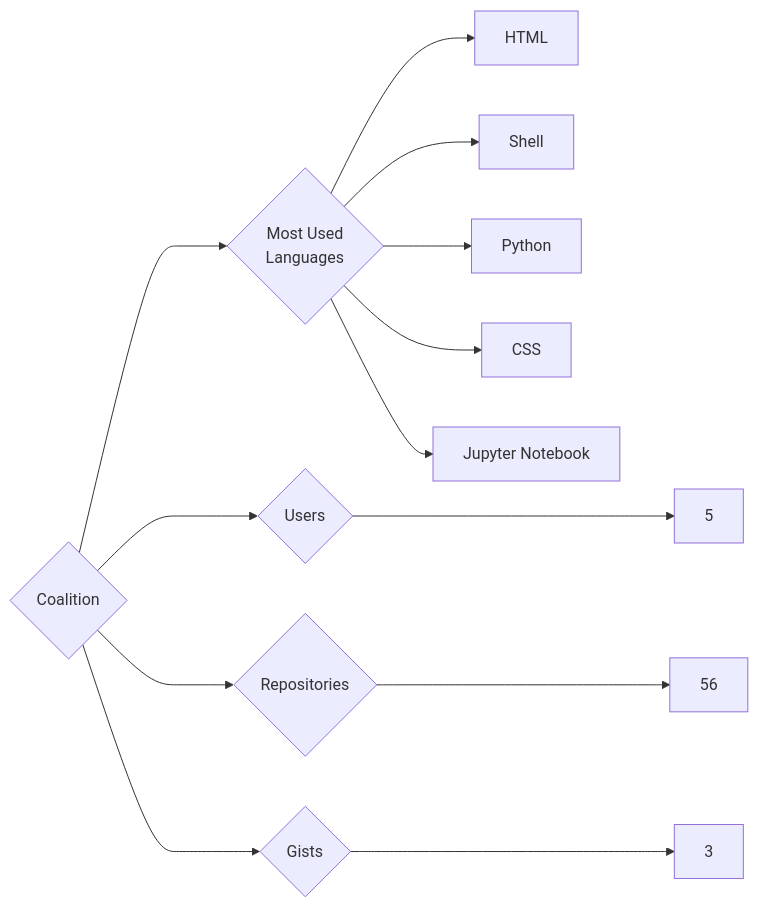
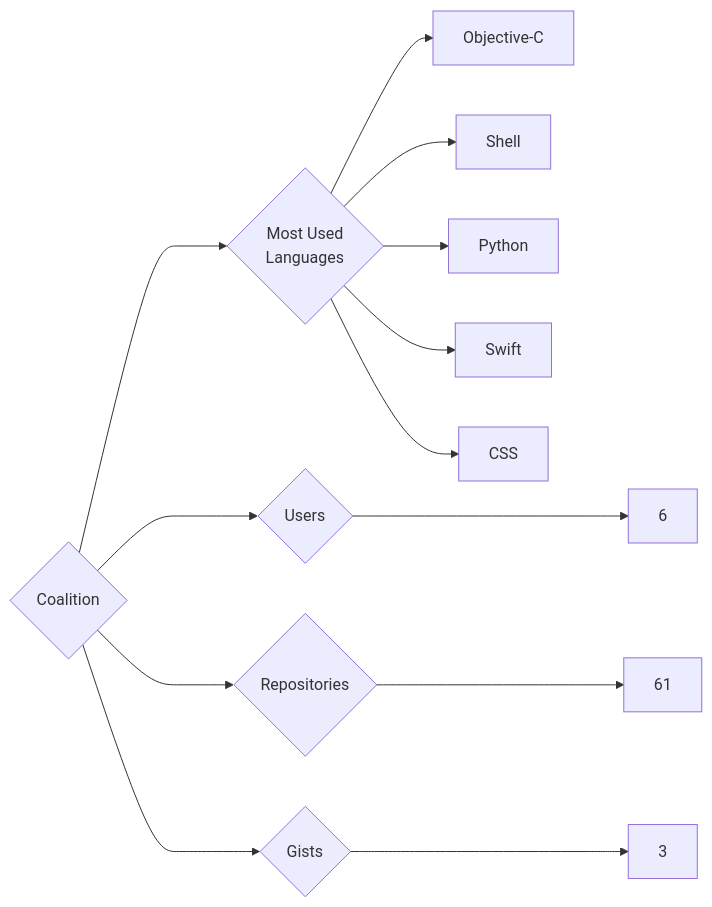
One commit to trickest/insiders changed the diagram in targets/Coalition/README.md. Above: the diagram before and after it, drawn with Mermaid. The commit also changed 1148 other files, not shown here.

````diff
--- a/targets/Coalition/README.md
+++ b/targets/Coalition/README.md
@@ -3,13 +3,13 @@
 ```mermaid
 graph LR
 COMPANY_NAME{Coalition}
-COMPANY_NAME ---> U{Users} ---> UN[5]
-COMPANY_NAME ---> R{Repositories} ---> RN[56]
+COMPANY_NAME ---> U{Users} ---> UN[6]
+COMPANY_NAME ---> R{Repositories} ---> RN[61]
 COMPANY_NAME ---> G{Gists} ---> GN[3]
 COMPANY_NAME ---> ML{Most Used<br>Languages}
-ML --> HTML[HTML]
+ML --> Objective-C[Objective-C]
 ML --> Shell[Shell]
 ML --> Python[Python]
+ML --> Swift[Swift]
 ML --> CSS[CSS]
-ML --> Jupyter_Notebook[Jupyter Notebook]
 ```
````
